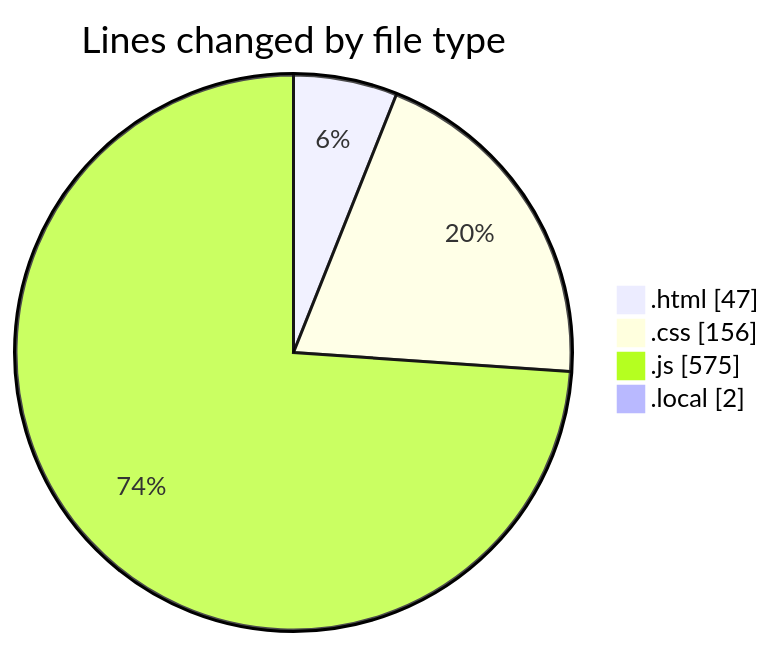
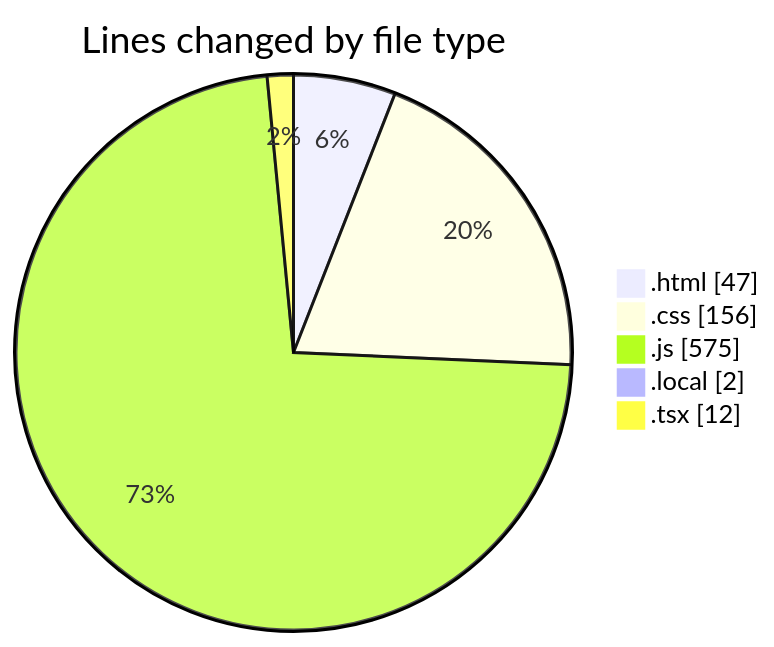
The first of 2 diagrams in 2025-05-03/projects/README.md (Ritupan-Deka/code-tracking), drawn with Mermaid before and after one commit. The commit also changed other lines of this file and 1 other file, not shown here.

````diff
--- a/2025-05-03/projects/README.md
+++ b/2025-05-03/projects/README.md
@@ -30,8 +31,9 @@
 ```mermaid
 pie showData
 title Lines changed by file type
 ".html" : 47
 ".css" : 156
 ".js" : 575
 ".local" : 2
+".tsx" : 12
 ```
````
